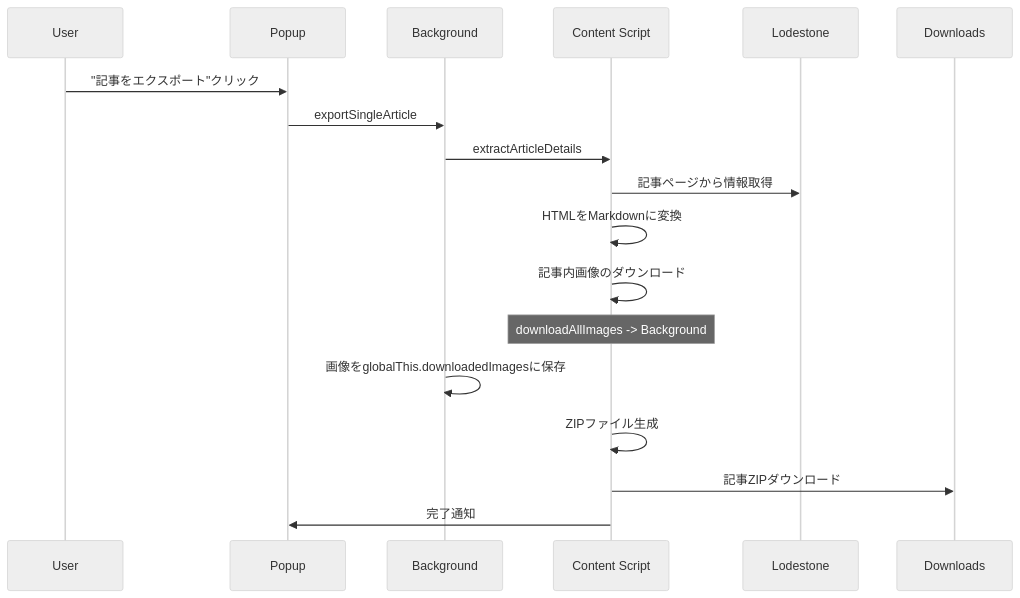
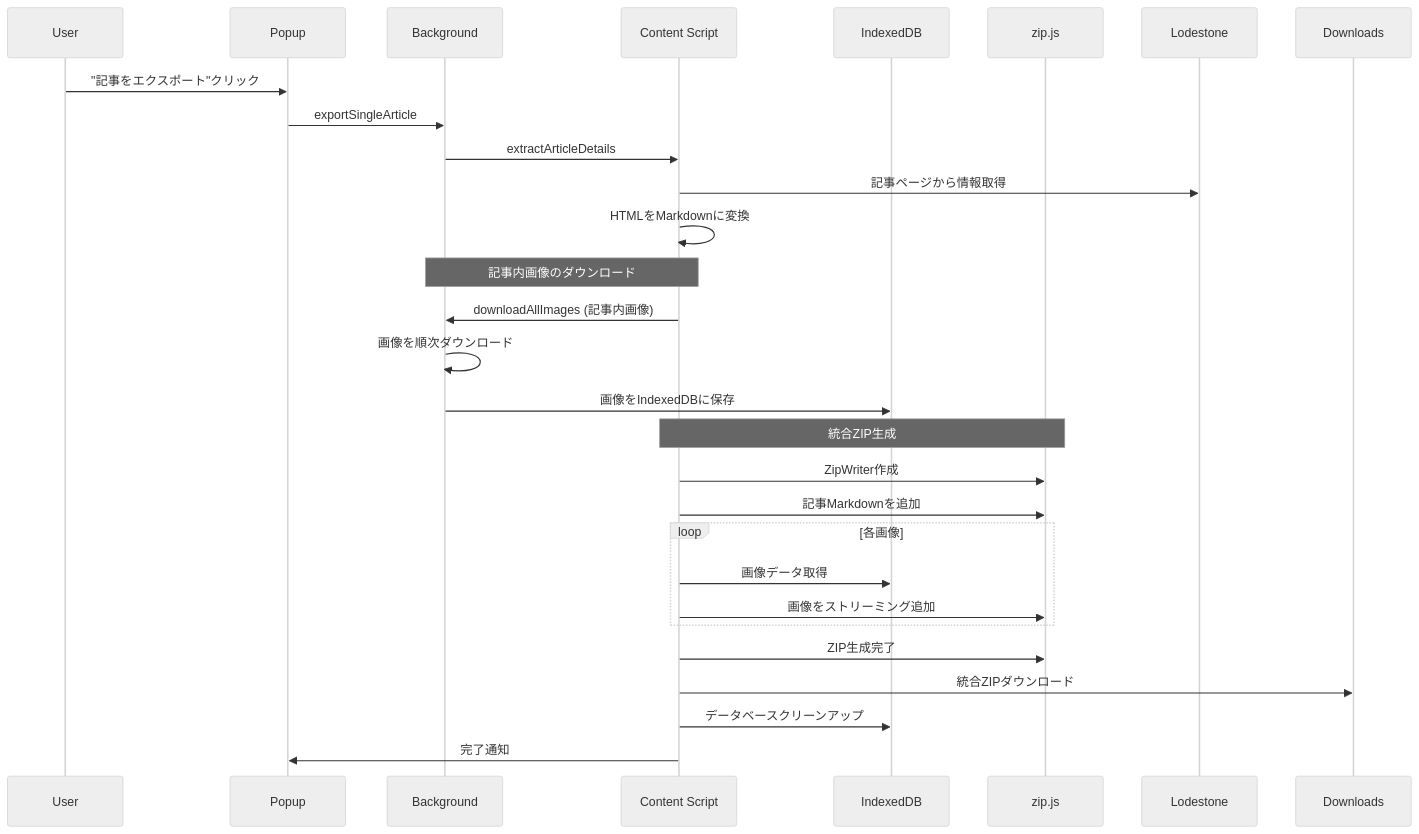
The second of 8 diagrams in .claude/design-document.md (kako-jun/sync-stone), drawn with Mermaid (neutral theme) before and after one commit. The commit also changed other lines of this file and 1 other file, not shown here.

````diff
--- a/.claude/design-document.md
+++ b/.claude/design-document.md
@@ -70,21 +90,34 @@
 ```mermaid
 sequenceDiagram
     participant U as User
     participant P as Popup
     participant B as Background
     participant C as Content Script
+    participant IDB as IndexedDB
+    participant Z as zip.js
     participant L as Lodestone
     participant D as Downloads
 
     U->>P: "記事をエクスポート"クリック
     P->>B: exportSingleArticle
     B->>C: extractArticleDetails
     C->>L: 記事ページから情報取得
     C->>C: HTMLをMarkdownに変換
-    C->>C: 記事内画像のダウンロード
-    Note over C: downloadAllImages -> Background
-    B->>B: 画像をglobalThis.downloadedImagesに保存
-    C->>C: ZIPファイル生成
-    C->>D: 記事ZIPダウンロード
+    
+    Note over C,B: 記事内画像のダウンロード
+    C->>B: downloadAllImages (記事内画像)
+    B->>B: 画像を順次ダウンロード
+    B->>IDB: 画像をIndexedDBに保存
+    
+    Note over C,Z: 統合ZIP生成
+    C->>Z: ZipWriter作成
+    C->>Z: 記事Markdownを追加
+    loop 各画像
+        C->>IDB: 画像データ取得
+        C->>Z: 画像をストリーミング追加
+    end
+    C->>Z: ZIP生成完了
+    C->>D: 統合ZIPダウンロード
+    C->>IDB: データベースクリーンアップ
     C->>P: 完了通知
 ```
````
